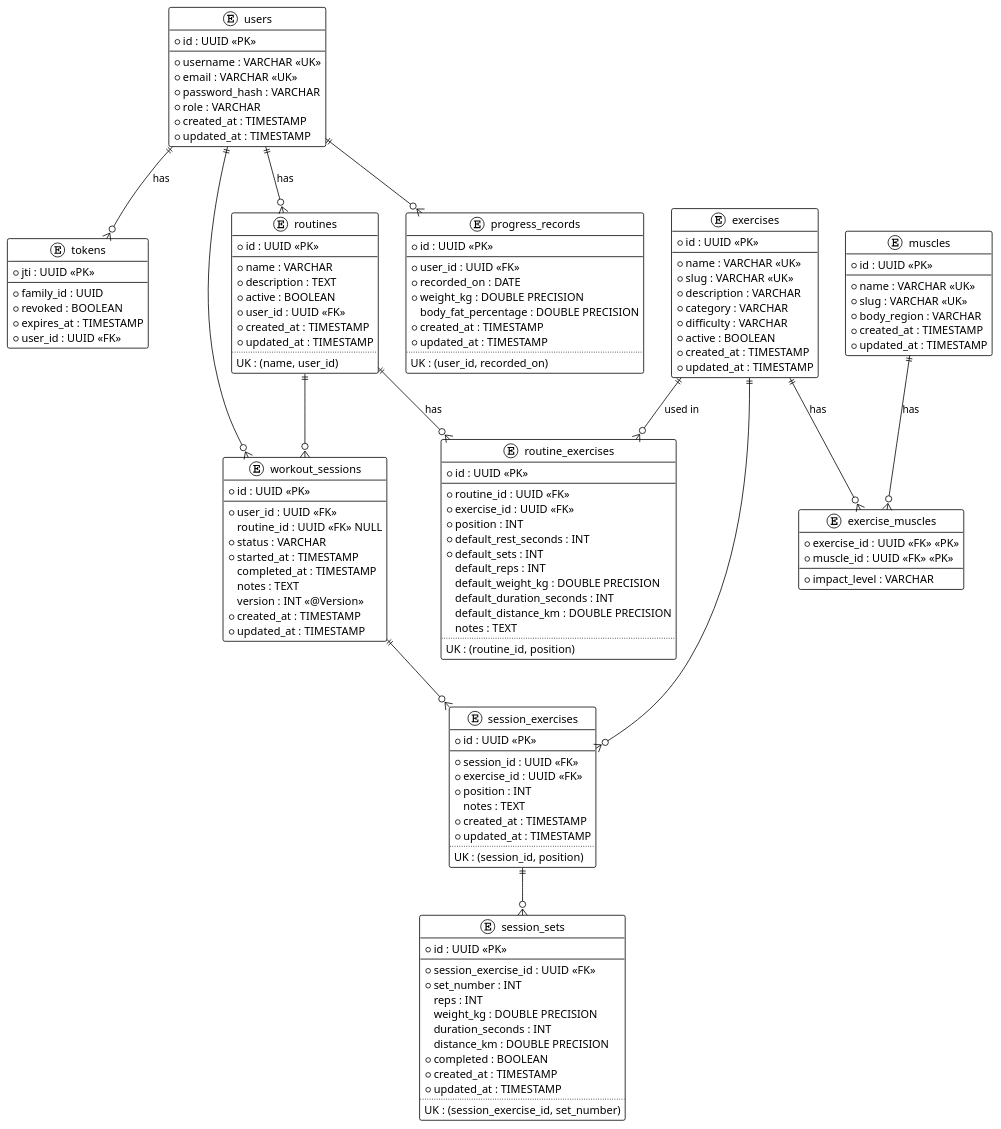
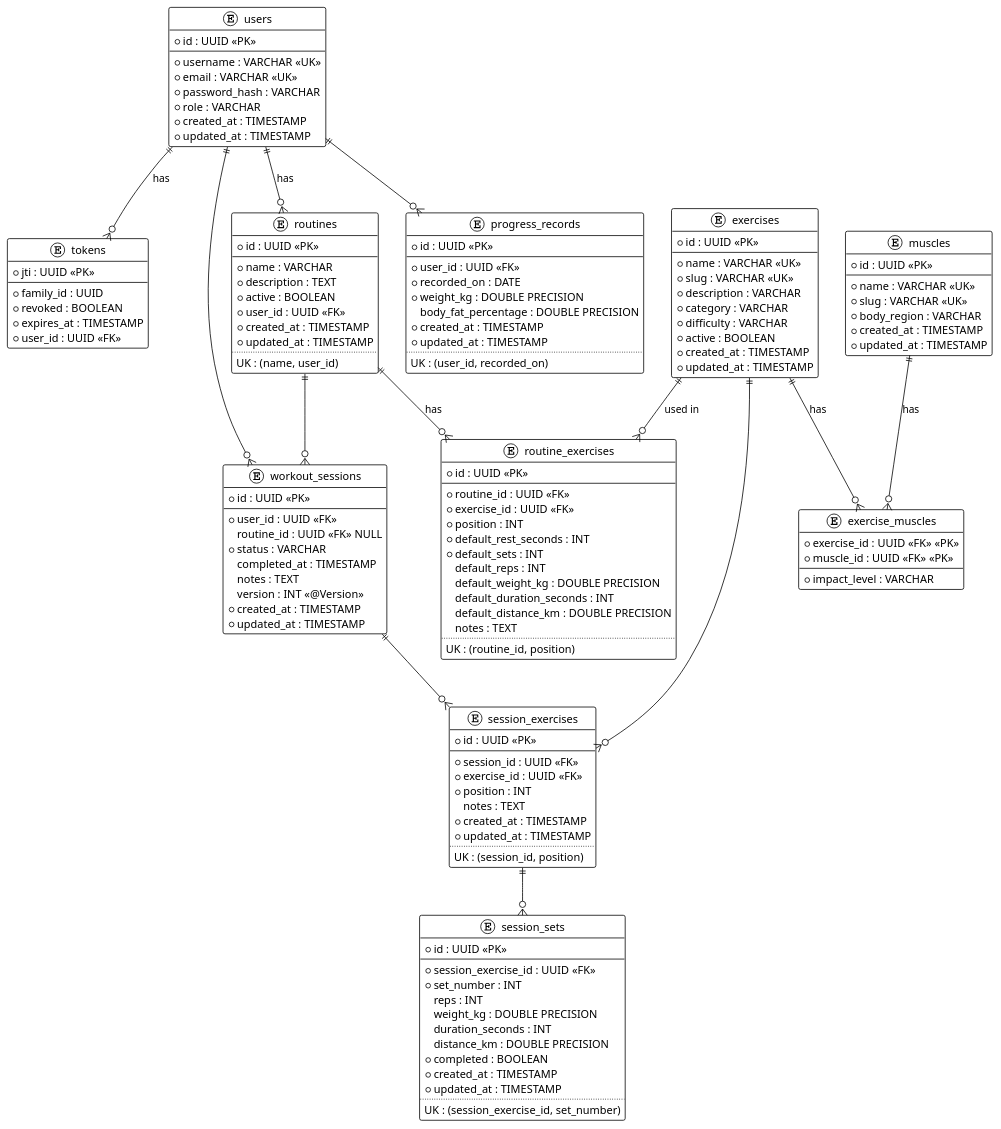
One commit to genesshoan/fitness-tracker-api changed the diagram in docs/er.puml. Above: the diagram before and after it, drawn with PlantUML. The commit also changed 1 other file, not shown here.

```diff
--- a/docs/er.puml
+++ b/docs/er.puml
@@ -1,153 +1,152 @@
 @startuml
 !theme plain
 
 entity "users" {
     * id : UUID <<PK>>
     --
     * username : VARCHAR <<UK>>
     * email : VARCHAR <<UK>>
     * password_hash : VARCHAR
     * role : VARCHAR
     * created_at : TIMESTAMP
     * updated_at : TIMESTAMP
 }
 
 entity "tokens" {
     * jti : UUID <<PK>>
     --
     * family_id : UUID
     * revoked : BOOLEAN
     * expires_at : TIMESTAMP
     * user_id : UUID <<FK>>
 }
 
 entity "muscles" {
     * id : UUID <<PK>>
     --
     * name : VARCHAR <<UK>>
     * slug : VARCHAR <<UK>>
     * body_region : VARCHAR
     * created_at : TIMESTAMP
     * updated_at : TIMESTAMP
 }
 
 entity "exercises" {
     * id : UUID <<PK>>
     --
     * name : VARCHAR <<UK>>
     * slug : VARCHAR <<UK>>
     * description : VARCHAR
     * category : VARCHAR
     * difficulty : VARCHAR
     * active : BOOLEAN
     * created_at : TIMESTAMP
     * updated_at : TIMESTAMP
 }
 
 entity "exercise_muscles" {
     * exercise_id : UUID <<FK>> <<PK>>
     * muscle_id : UUID <<FK>> <<PK>>
     --
     * impact_level : VARCHAR
 }
 
 entity "routines" {
     * id : UUID <<PK>>
     --
     * name : VARCHAR
     * description : TEXT
     * active : BOOLEAN
     * user_id : UUID <<FK>>
     * created_at : TIMESTAMP
     * updated_at : TIMESTAMP
     ..
     UK : (name, user_id)
 }
 
 entity "routine_exercises" {
     * id : UUID <<PK>>
     --
     * routine_id : UUID <<FK>>
     * exercise_id : UUID <<FK>>
     * position : INT
     * default_rest_seconds : INT
     * default_sets : INT
     default_reps : INT
     default_weight_kg : DOUBLE PRECISION
     default_duration_seconds : INT
     default_distance_km : DOUBLE PRECISION
     notes : TEXT
     ..
     UK : (routine_id, position)
 }
 
 entity "workout_sessions" {
     * id : UUID <<PK>>
     --
     * user_id : UUID <<FK>>
     routine_id : UUID <<FK>> NULL
     * status : VARCHAR
-    * started_at : TIMESTAMP
     completed_at : TIMESTAMP
     notes : TEXT
     version : INT <<@Version>>
     * created_at : TIMESTAMP
     * updated_at : TIMESTAMP
 }
 
 entity "session_exercises" {
     * id : UUID <<PK>>
     --
     * session_id : UUID <<FK>>
     * exercise_id : UUID <<FK>>
     * position : INT
     notes : TEXT
     * created_at : TIMESTAMP
     * updated_at : TIMESTAMP
     ..
     UK : (session_id, position)
 }
 
 entity "session_sets" {
     * id : UUID <<PK>>
     --
     * session_exercise_id : UUID <<FK>>
     * set_number : INT
     reps : INT
     weight_kg : DOUBLE PRECISION
     duration_seconds : INT
     distance_km : DOUBLE PRECISION
     * completed : BOOLEAN
     * created_at : TIMESTAMP
     * updated_at : TIMESTAMP
     ..
     UK : (session_exercise_id, set_number)
 }
 
 entity "progress_records" {
     * id : UUID <<PK>>
     --
     * user_id : UUID <<FK>>
     * recorded_on : DATE
     * weight_kg : DOUBLE PRECISION
     body_fat_percentage : DOUBLE PRECISION
     * created_at : TIMESTAMP
     * updated_at : TIMESTAMP
     ..
     UK : (user_id, recorded_on)
 }
 
 "exercises" ||--o{ "exercise_muscles" : "has"
 "muscles" ||--o{ "exercise_muscles" : "has"
 "users" ||--o{ "tokens" : "has"
 "users" ||--o{ "routines" : "has"
 "routines" ||--o{ "routine_exercises" : "has"
 "exercises" ||--o{ "routine_exercises" : "used in"
 "users" ||--o{ "workout_sessions"
 "routines" ||--o{ "workout_sessions"
 "workout_sessions" ||--o{ "session_exercises"
 "exercises" ||--o{ "session_exercises"
 "session_exercises" ||--o{ "session_sets"
 "users" ||--o{ "progress_records"
 
 @enduml
```
